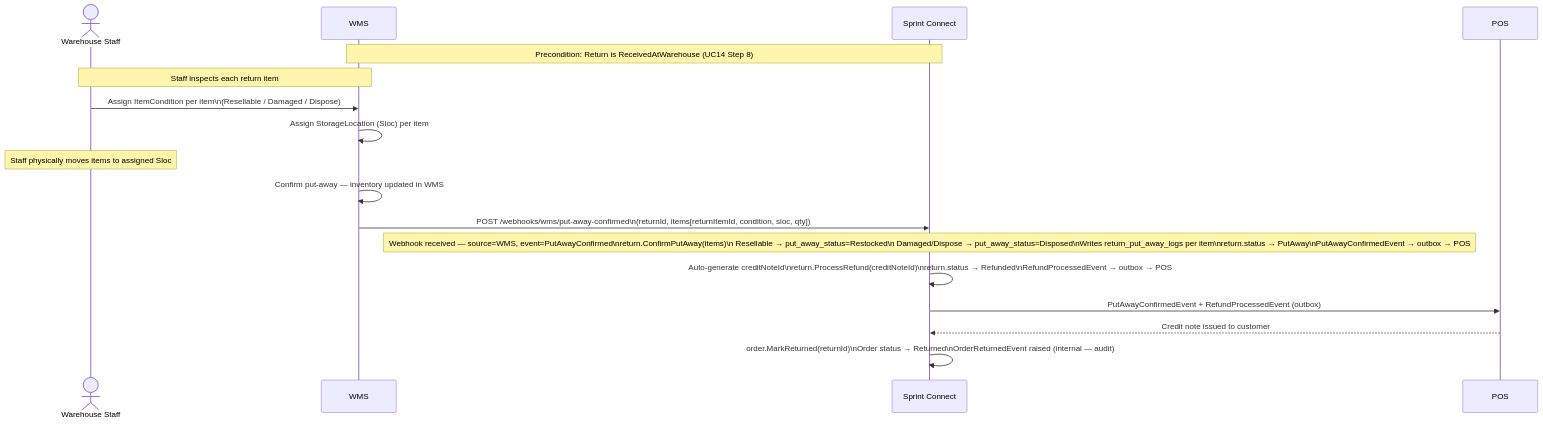
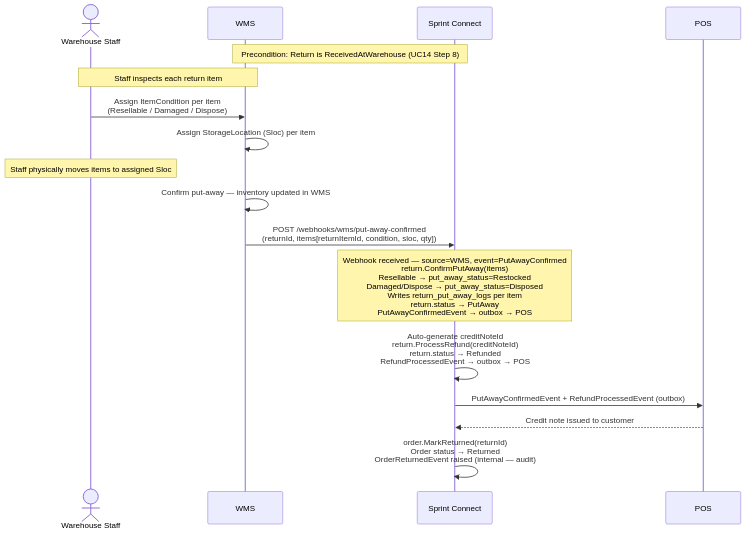
One commit to rosered11/personal-claude changed diagram 14 of 24 in result/oms-sequence-diagrams.md. Above: the diagram before and after it, drawn with Mermaid. The commit also changed other lines of this file and 7 other files, not shown here.

````diff
--- a/result/oms-sequence-diagrams.md
+++ b/result/oms-sequence-diagrams.md
@@ -509,25 +509,25 @@
 ```mermaid
 sequenceDiagram
     actor WS as Warehouse Staff
     participant WMS as WMS
     participant SC as Sprint Connect
     participant POS as POS
 
     Note over WMS,SC: Precondition: Return is ReceivedAtWarehouse (UC14 Step 8)
 
     Note over WMS,WS: Staff inspects each return item
-    WS->>WMS: Assign ItemCondition per item\n(Resellable / Damaged / Dispose)
+    WS->>WMS: Assign ItemCondition per item<br>(Resellable / Damaged / Dispose)
     WMS->>WMS: Assign StorageLocation (Sloc) per item
     Note over WS: Staff physically moves items to assigned Sloc
 
     WMS->>WMS: Confirm put-away — inventory updated in WMS
-    WMS->>SC: POST /webhooks/wms/put-away-confirmed\n(returnId, items[returnItemId, condition, sloc, qty])
-    Note over SC: Webhook received — source=WMS, event=PutAwayConfirmed\nreturn.ConfirmPutAway(items)\n  Resellable → put_away_status=Restocked\n  Damaged/Dispose → put_away_status=Disposed\nWrites return_put_away_logs per item\nreturn.status → PutAway\nPutAwayConfirmedEvent → outbox → POS
+    WMS->>SC: POST /webhooks/wms/put-away-confirmed<br>(returnId, items[returnItemId, condition, sloc, qty])
+    Note over SC: Webhook received — source=WMS, event=PutAwayConfirmed<br>return.ConfirmPutAway(items)<br>  Resellable → put_away_status=Restocked<br>  Damaged/Dispose → put_away_status=Disposed<br>Writes return_put_away_logs per item<br>return.status → PutAway<br>PutAwayConfirmedEvent → outbox → POS
 
-    SC->>SC: Auto-generate creditNoteId\nreturn.ProcessRefund(creditNoteId)\nreturn.status → Refunded\nRefundProcessedEvent → outbox → POS
+    SC->>SC: Auto-generate creditNoteId<br>return.ProcessRefund(creditNoteId)<br>return.status → Refunded<br>RefundProcessedEvent → outbox → POS
 
     SC->>POS: PutAwayConfirmedEvent + RefundProcessedEvent (outbox)
     POS-->>SC: Credit note issued to customer
 
-    SC->>SC: order.MarkReturned(returnId)\nOrder status → Returned\nOrderReturnedEvent raised (internal — audit)
+    SC->>SC: order.MarkReturned(returnId)<br>Order status → Returned<br>OrderReturnedEvent raised (internal — audit)
 ```
````
